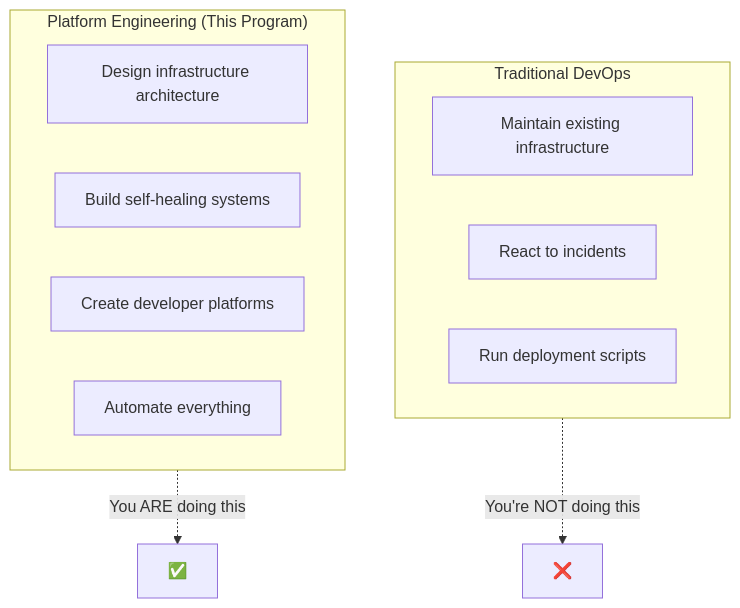
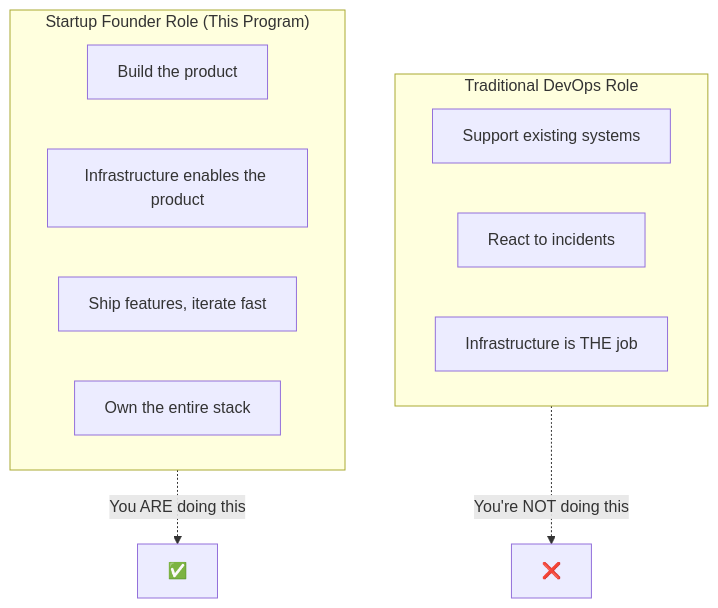
Before and after one commit to PearlThoughtsInternship/Internship-Obsidian-Vault: the third of 4 diagrams in DevOps/README.md, drawn with Mermaid. The commit also changed other lines of this file and 4 other files, not shown here.

````diff
--- a/DevOps/README.md
+++ b/DevOps/README.md
@@ -83,18 +107,18 @@
 ```mermaid
 flowchart TB
-    subgraph Traditional["Traditional DevOps"]
-        T1["Maintain existing infrastructure"]
+    subgraph Traditional["Traditional DevOps Role"]
+        T1["Support existing systems"]
         T2["React to incidents"]
-        T3["Run deployment scripts"]
+        T3["Infrastructure is THE job"]
     end
 
-    subgraph Platform["Platform Engineering (This Program)"]
-        P1["Design infrastructure architecture"]
-        P2["Build self-healing systems"]
-        P3["Create developer platforms"]
-        P4["Automate everything"]
+    subgraph Startup["Startup Founder Role (This Program)"]
+        P1["Build the product"]
+        P2["Infrastructure enables the product"]
+        P3["Ship features, iterate fast"]
+        P4["Own the entire stack"]
     end
 
     Traditional -.->|"You're NOT doing this"| X["❌"]
-    Platform -.->|"You ARE doing this"| Y["✅"]
+    Startup -.->|"You ARE doing this"| Y["✅"]
 ```
````
